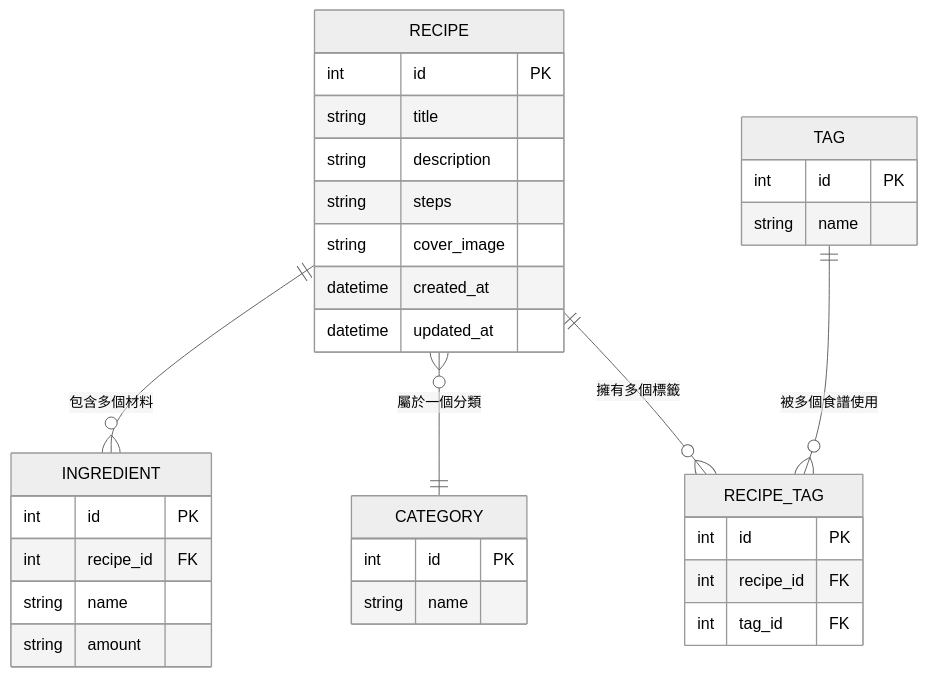
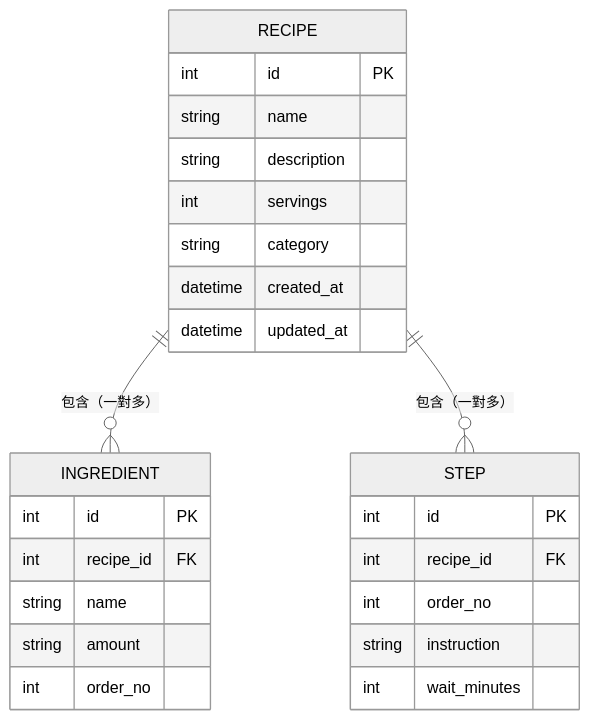
The diagram in docs/DB_DESIGN.md (d1463704/web_app_development), drawn with Mermaid (neutral theme) before and after one commit. The commit also changed other lines of this file and 5 other files, not shown here.

Commit message:
feat: add database schema and models

````diff
--- a/docs/DB_DESIGN.md
+++ b/docs/DB_DESIGN.md
@@ -9,40 +5,29 @@
 ```mermaid
 erDiagram
     RECIPE {
         int id PK
-        string title
+        string name
         string description
-        string steps
-        string cover_image
+        int servings
+        string category
         datetime created_at
         datetime updated_at
     }
-
     INGREDIENT {
         int id PK
         int recipe_id FK
         string name
         string amount
+        int order_no
+    }
+    STEP {
+        int id PK
+        int recipe_id FK
+        int order_no
+        string instruction
+        int wait_minutes
     }
 
-    CATEGORY {
-        int id PK
-        string name
-    }
-
-    TAG {
-        int id PK
-        string name
-    }
-
-    RECIPE_TAG {
-        int id PK
-        int recipe_id FK
-        int tag_id FK
-    }
-
-    RECIPE ||--o{ INGREDIENT : "包含多個材料"
-    RECIPE }o--|| CATEGORY : "屬於一個分類"
-    RECIPE ||--o{ RECIPE_TAG : "擁有多個標籤"
-    TAG ||--o{ RECIPE_TAG : "被多個食譜使用"
+    RECIPE ||--o{ INGREDIENT : "包含（一對多）"
+    RECIPE ||--o{ STEP : "包含（一對多）"
 ```
````
